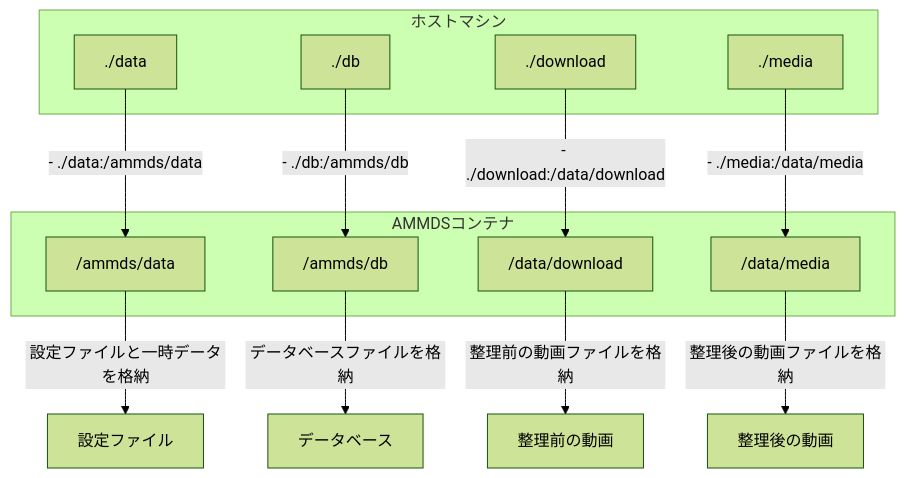
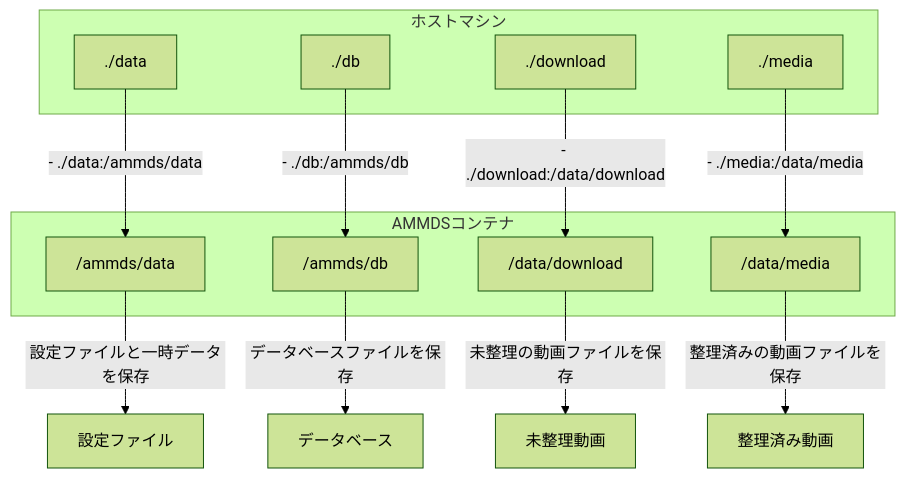
Before and after one commit to QYG2297248353/AMMDS-DOC: the first of 2 diagrams in i18n/ja/docusaurus-plugin-content-docs/current/usage/Mount.md, drawn with Mermaid (forest theme). The commit also changed other lines of this file and 148 other files, not shown here.

````diff
--- a/i18n/ja/docusaurus-plugin-content-docs/current/usage/Mount.md
+++ b/i18n/ja/docusaurus-plugin-content-docs/current/usage/Mount.md
@@ -39,30 +41,30 @@
 ```mermaid
 flowchart TD
     %% ホストマシンのディレクトリ
     subgraph HOST["ホストマシン"]
         H_DATA["./data"]
         H_DB["./db"]
         H_DOWNLOAD["./download"]
         H_MEDIA["./media"]
     end
 
     %% AMMDSコンテナ
     subgraph AMMDS["AMMDSコンテナ"]
         A_DATA["/ammds/data"]
         A_DB["/ammds/db"]
         A_DOWNLOAD["/data/download"]
         A_MEDIA["/data/media"]
     end
 
     %% マウント関係
     H_DATA -->|"- ./data:/ammds/data"| A_DATA
     H_DB -->|"- ./db:/ammds/db"| A_DB
     H_DOWNLOAD -->|"- ./download:/data/download"| A_DOWNLOAD
     H_MEDIA -->|"- ./media:/data/media"| A_MEDIA
 
     %% 説明
-    A_DATA -->|"設定ファイルと一時データを格納"| CONFIG["設定ファイル"]
-    A_DB -->|"データベースファイルを格納"| DATABASE["データベース"]
-    A_DOWNLOAD -->|"整理前の動画ファイルを格納"| RAW_MEDIA["整理前の動画"]
-    A_MEDIA -->|"整理後の動画ファイルを格納"| PROCESSED_MEDIA["整理後の動画"]
+    A_DATA -->|"設定ファイルと一時データを保存"| CONFIG["設定ファイル"]
+    A_DB -->|"データベースファイルを保存"| DATABASE["データベース"]
+    A_DOWNLOAD -->|"未整理の動画ファイルを保存"| RAW_MEDIA["未整理動画"]
+    A_MEDIA -->|"整理済みの動画ファイルを保存"| PROCESSED_MEDIA["整理済み動画"]
 ```
````
